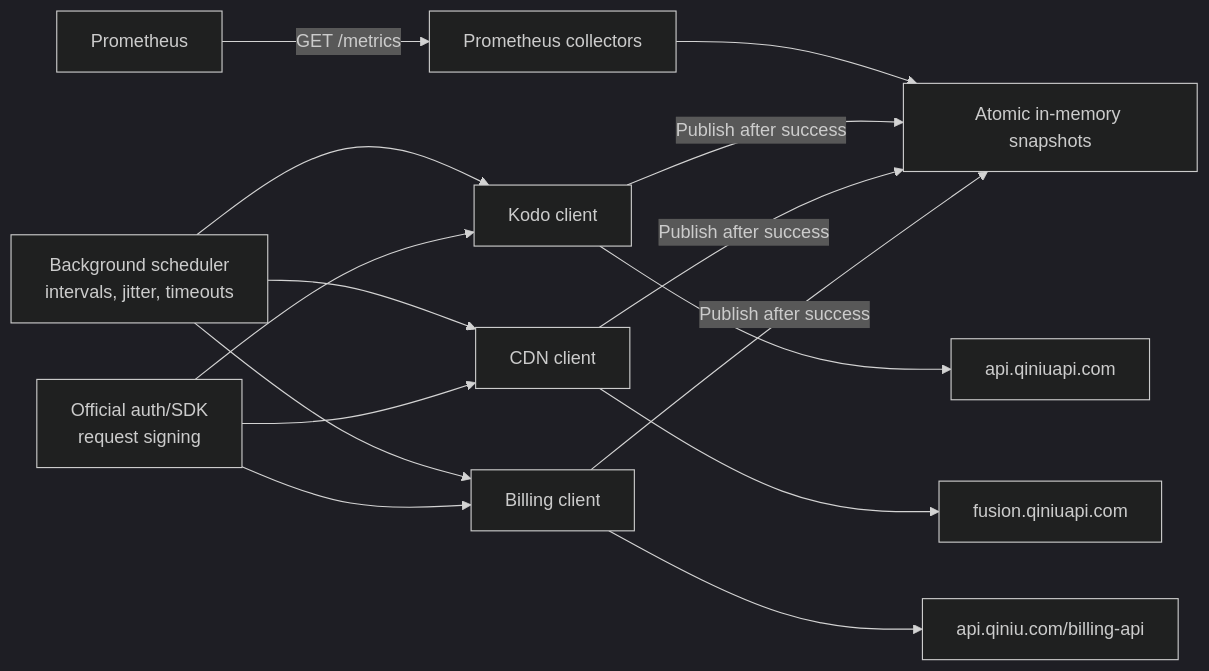
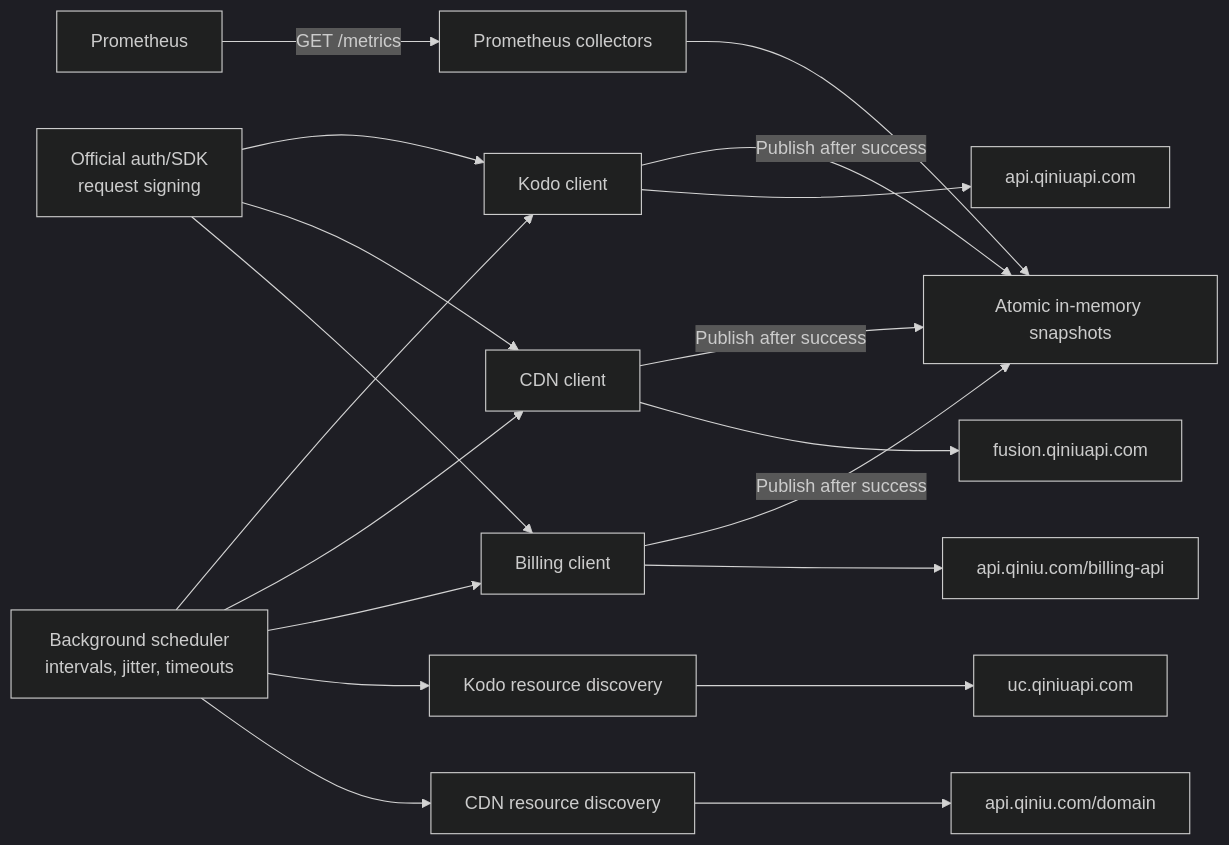
One commit to airsmon/qiniu_exporter changed the diagram in DESIGN.md. Above: the diagram before and after it, drawn with Mermaid (dark theme). The commit also changed other lines of this file and 39 other files, not shown here.

````diff
--- a/DESIGN.md
+++ b/DESIGN.md
@@ -50,21 +50,26 @@
 ```mermaid
 flowchart LR
     P["Prometheus"] -->|"GET /metrics"| C["Prometheus collectors"]
     C --> S["Atomic in-memory snapshots"]
 
     SCH["Background scheduler<br/>intervals, jitter, timeouts"] --> K["Kodo client"]
     SCH --> D["CDN client"]
     SCH --> B["Billing client"]
+
+    SCH --> KD["Kodo resource discovery"]
+    SCH --> DD["CDN resource discovery"]
 
     K -->|"Publish after success"| S
     D -->|"Publish after success"| S
     B -->|"Publish after success"| S
 
     A["Official auth/SDK<br/>request signing"] --> K
     A --> D
     A --> B
 
     K --> KA["api.qiniuapi.com"]
+    KD --> KDA["uc.qiniuapi.com"]
     D --> DA["fusion.qiniuapi.com"]
+    DD --> DDA["api.qiniu.com/domain"]
     B --> BA["api.qiniu.com/billing-api"]
 ```
````
